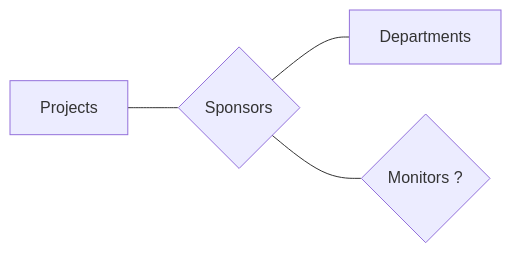
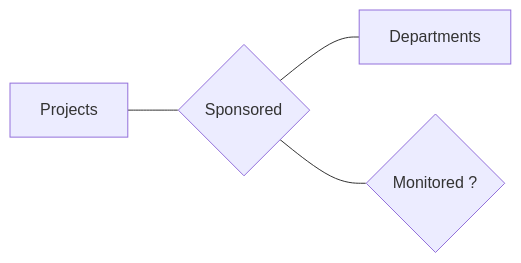
The fourth of 7 diagrams in week-1/ER Models for Relational DB.md (nkarl/wsu-cpts-451-dbms), drawn with Mermaid before and after one commit. The commit also changed other lines of this file, not shown here.

````diff
--- a/week-1/ER Models for Relational DB.md
+++ b/week-1/ER Models for Relational DB.md
@@ -93,5 +93,5 @@
 ```mermaid
 graph LR
-Projects --- sponsors{Sponsors} --- Departments
-sponsors --- monitors{Monitors ?}
+Projects --- sponsored{Sponsored} --- Departments
+sponsored --- monitored{Monitored ?}
 ```
````
